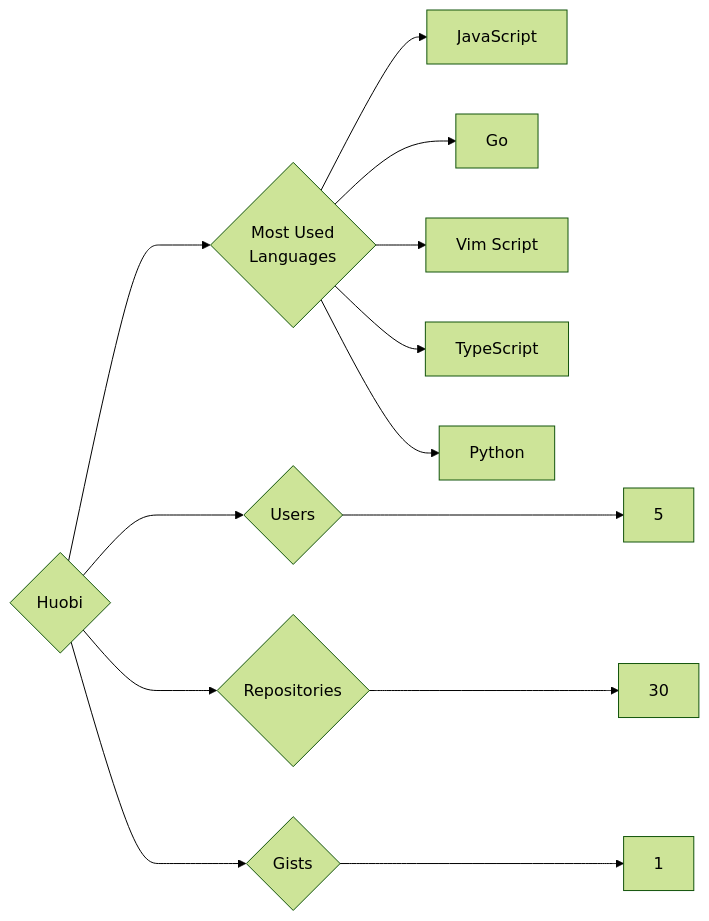
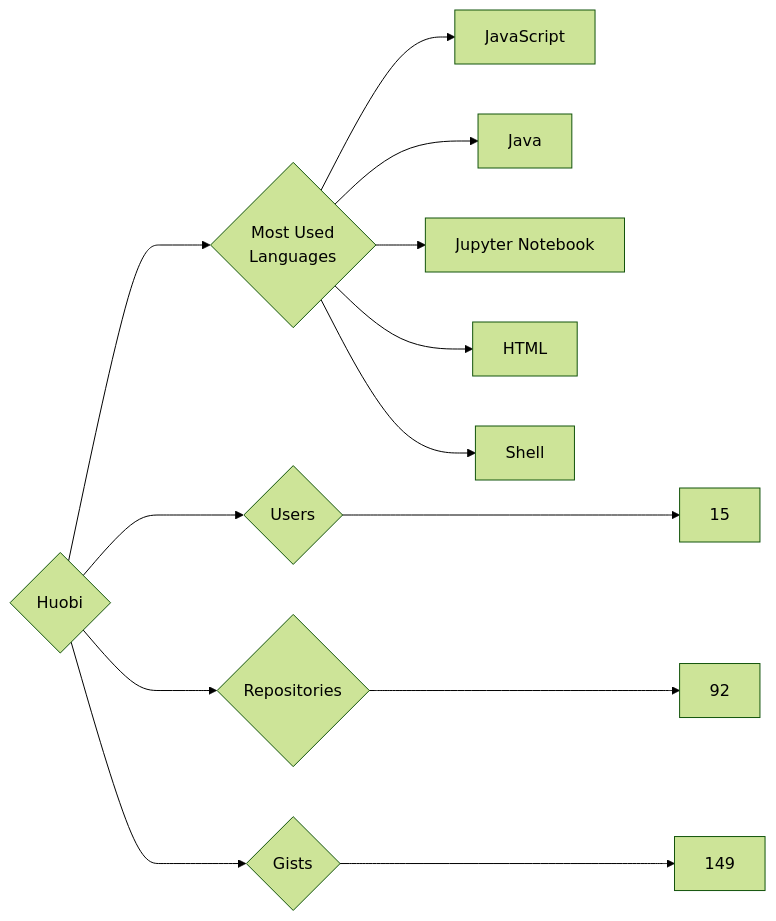
One commit to trickest/insiders changed the diagram in targets/Huobi/README.md. Above: the diagram before and after it, drawn with Mermaid (forest theme). The commit also changed 1149 other files, not shown here.

````diff
--- a/targets/Huobi/README.md
+++ b/targets/Huobi/README.md
@@ -3,13 +3,13 @@
 ```mermaid
 graph LR
 COMPANY_NAME{Huobi}
-COMPANY_NAME ---> U{Users} ---> UN[5]
-COMPANY_NAME ---> R{Repositories} ---> RN[30]
-COMPANY_NAME ---> G{Gists} ---> GN[1]
+COMPANY_NAME ---> U{Users} ---> UN[15]
+COMPANY_NAME ---> R{Repositories} ---> RN[92]
+COMPANY_NAME ---> G{Gists} ---> GN[149]
 COMPANY_NAME ---> ML{Most Used<br>Languages}
 ML --> JavaScript[JavaScript]
-ML --> Go[Go]
-ML --> Vim_Script[Vim Script]
-ML --> TypeScript[TypeScript]
-ML --> Python[Python]
+ML --> Java[Java]
+ML --> Jupyter_Notebook[Jupyter Notebook]
+ML --> HTML[HTML]
+ML --> Shell[Shell]
 ```
````
